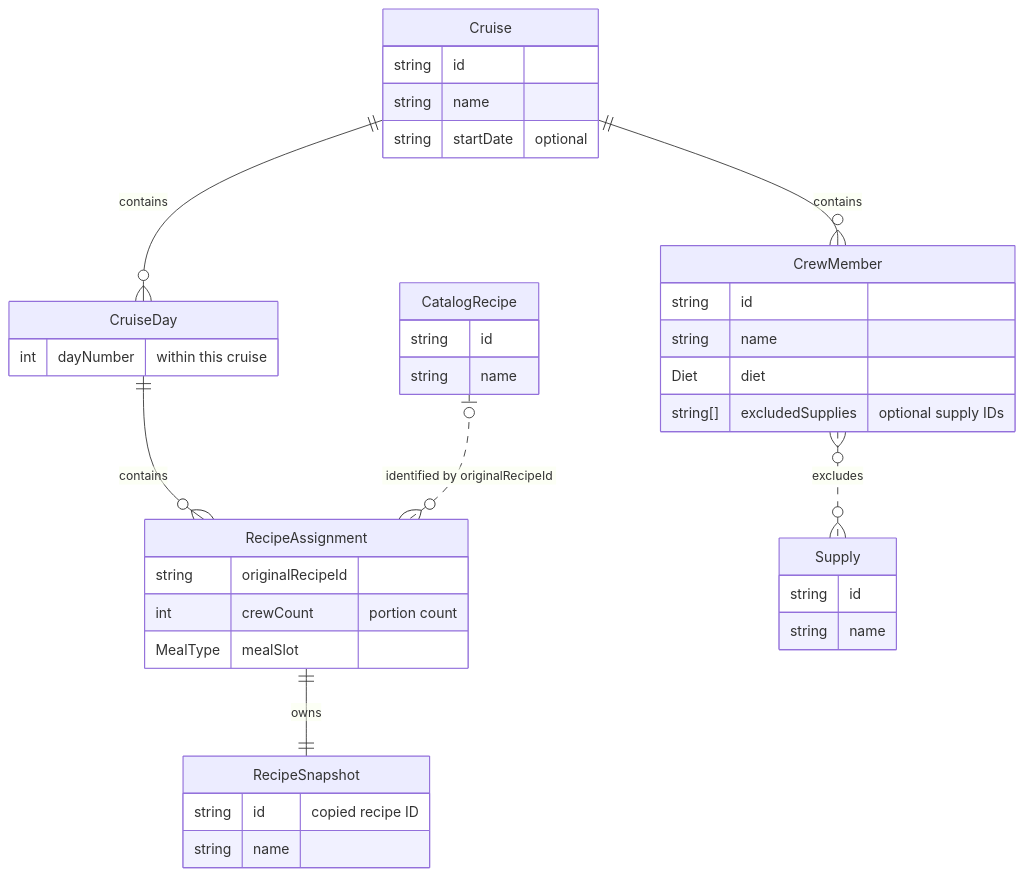
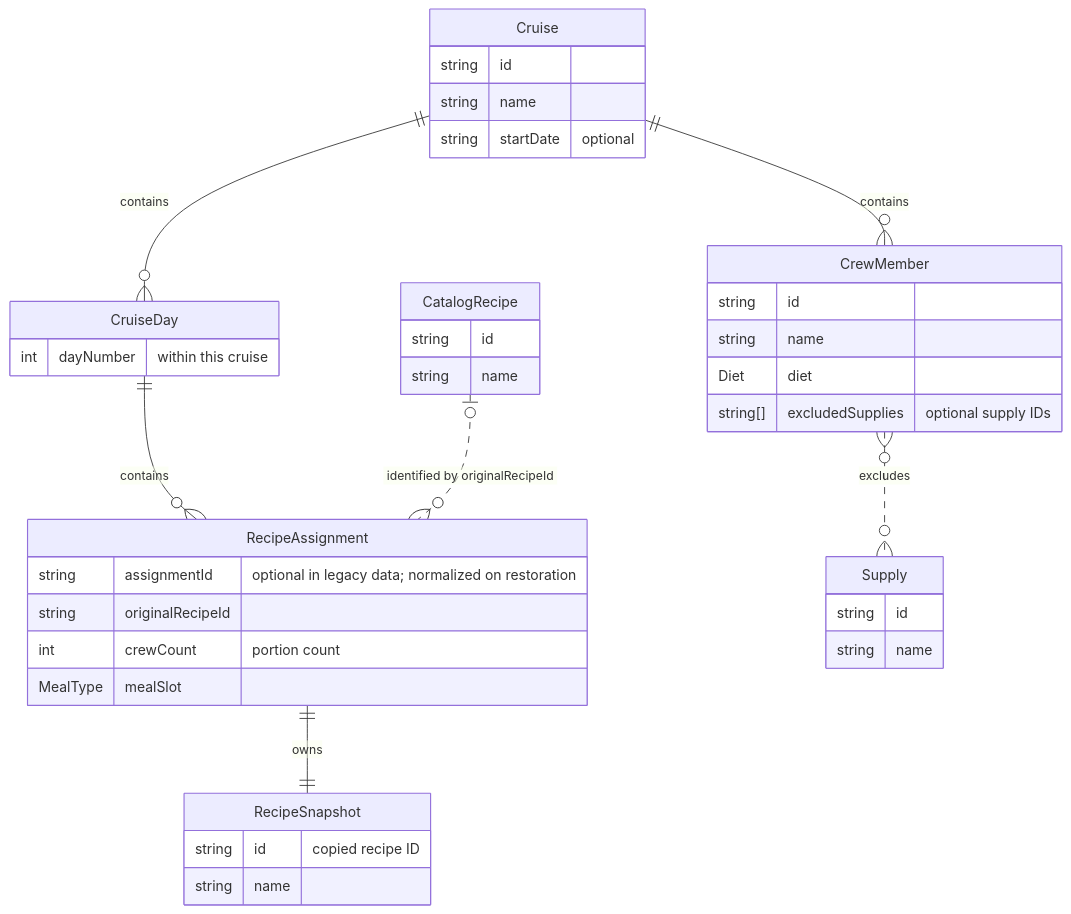
One commit to szarykott/CyberOchmistrz changed the first of 3 diagrams in docs/domain-model.md. Above: the diagram before and after it, drawn with Mermaid. The commit also changed other lines of this file and 33 other files, not shown here.

````diff
--- a/docs/domain-model.md
+++ b/docs/domain-model.md
@@ -9,41 +9,42 @@
 ```mermaid
 erDiagram
     Cruise ||--o{ CrewMember : contains
     Cruise ||--o{ CruiseDay : contains
     CruiseDay ||--o{ RecipeAssignment : contains
     RecipeAssignment ||--|| RecipeSnapshot : owns
     CatalogRecipe o|..o{ RecipeAssignment : "identified by originalRecipeId"
     CrewMember }o..o{ Supply : excludes
 
     Cruise {
         string id
         string name
         string startDate "optional"
     }
     CrewMember {
         string id
         string name
         Diet diet
         string[] excludedSupplies "optional supply IDs"
     }
     CruiseDay {
         int dayNumber "within this cruise"
     }
     RecipeAssignment {
+        string assignmentId "optional in legacy data; normalized on restoration"
         string originalRecipeId
         int crewCount "portion count"
         MealType mealSlot
     }
     RecipeSnapshot {
         string id "copied recipe ID"
         string name
     }
     CatalogRecipe {
         string id
         string name
     }
     Supply {
         string id
         string name
     }
 ```
````
